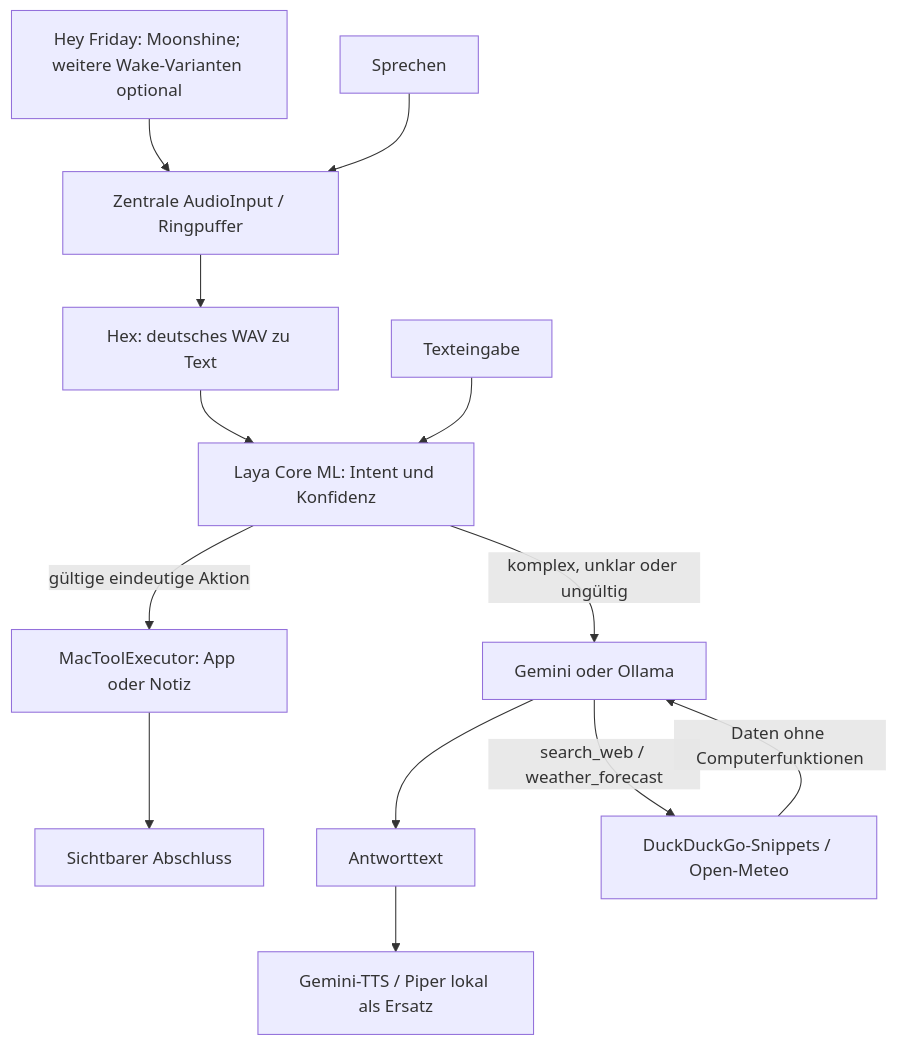
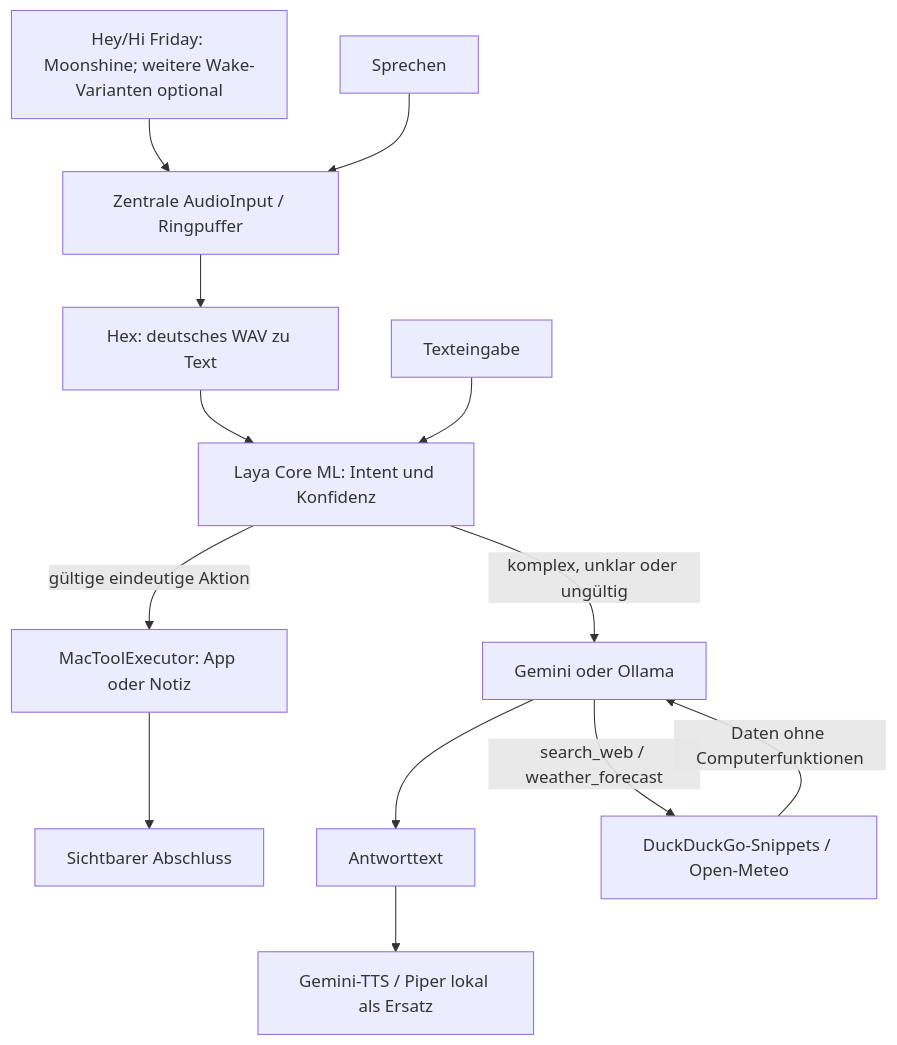
One commit to Taanel/hackday-2026-10-04 changed the diagram in docs/architecture.md. Above: the diagram before and after it, drawn with Mermaid. The commit also changed other lines of this file and 23 other files, not shown here.

Commit message:
Fix full-room lighting and local app routing; add overlay voice capture and Hi Friday

````diff
--- a/docs/architecture.md
+++ b/docs/architecture.md
@@ -6,15 +6,15 @@
 ```mermaid
 flowchart TD
-    Wake[Hey Friday: Moonshine; weitere Wake-Varianten optional] --> Capture[Zentrale AudioInput / Ringpuffer]
+    Wake[Hey/Hi Friday: Moonshine; weitere Wake-Varianten optional] --> Capture[Zentrale AudioInput / Ringpuffer]
     Button[Sprechen] --> Capture
     Capture --> Hex[Hex: deutsches WAV zu Text]
     Hex --> Laya[Laya Core ML: Intent und Konfidenz]
     Text[Texteingabe] --> Laya
     Laya -->|gültige eindeutige Aktion| Tools[MacToolExecutor: App oder Notiz]
     Laya -->|komplex, unklar oder ungültig| LLM[Gemini oder Ollama]
     Tools --> Done[Sichtbarer Abschluss]
     LLM --> Reply[Antworttext]
     LLM -->|search_web / weather_forecast| Research[DuckDuckGo-Snippets / Open-Meteo]
     Research -->|Daten ohne Computerfunktionen| LLM
     Reply --> TTS[Gemini-TTS / Piper lokal als Ersatz]
 ```
````
